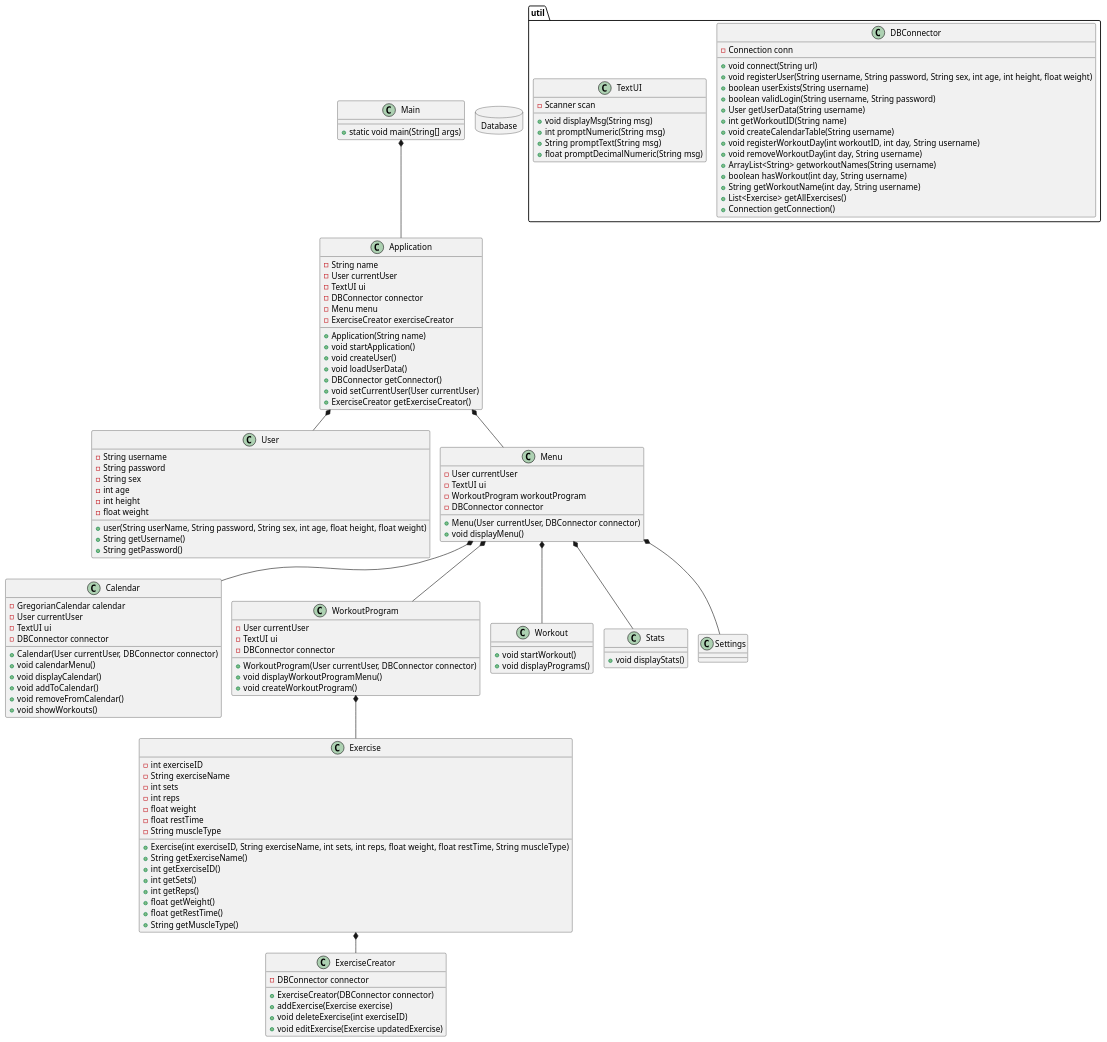
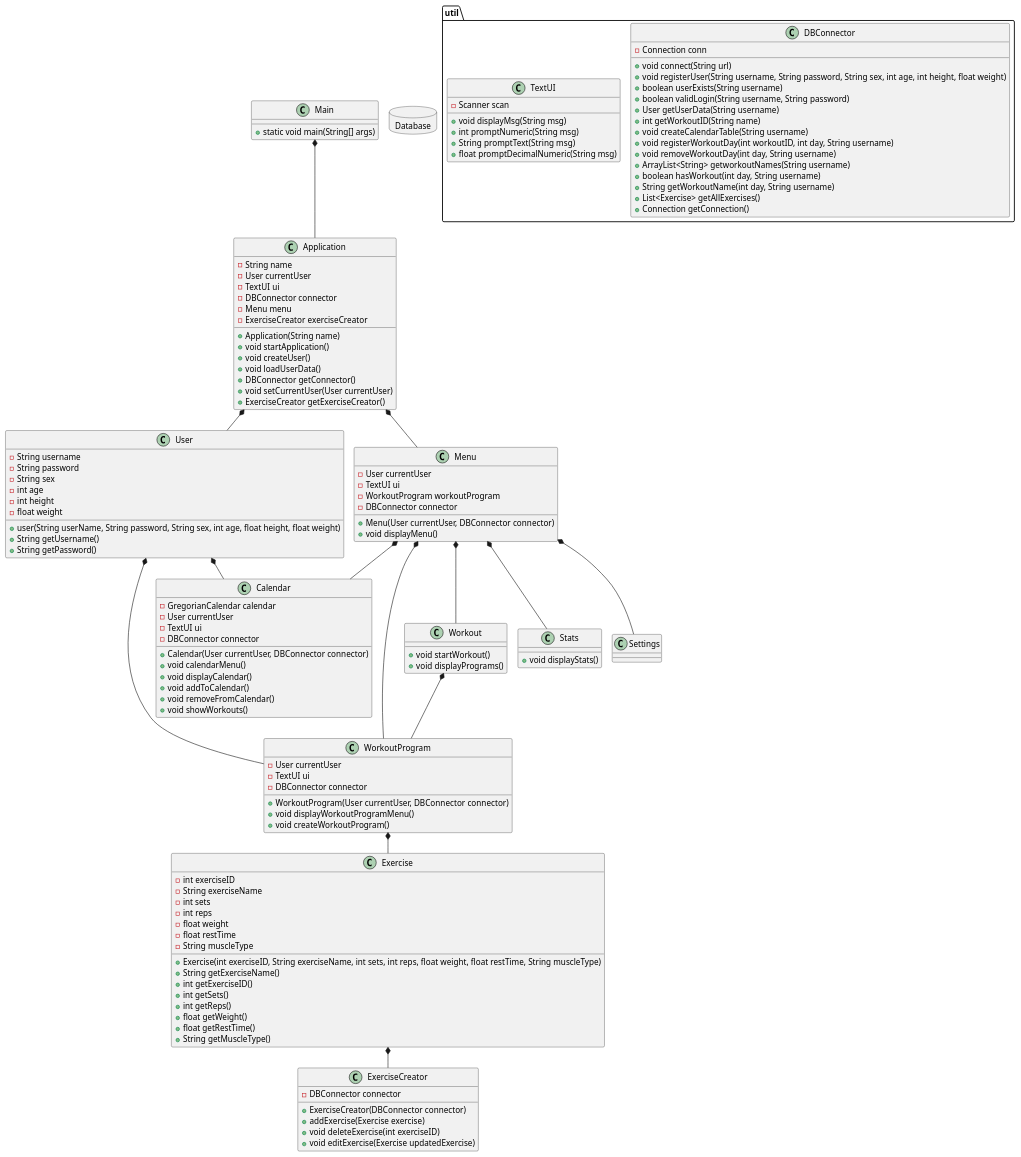
Before and after one commit to emil2112/ICE-gruppe-D: the diagram in doc/ClassDiagram.puml, drawn with PlantUML.

Commit message:
Updated classDiagram

```diff
--- a/doc/ClassDiagram.puml
+++ b/doc/ClassDiagram.puml
@@ -1,144 +1,147 @@
 @startuml
 !pragma layout smetana
 
 class Main{
    +static void main(String[] args)
 }
 
 database Database{
 }
 
 package "util"{
 class DBConnector{
 -Connection conn
 +void connect(String url)
 +void registerUser(String username, String password, String sex, int age, int height, float weight)
 +boolean userExists(String username)
 +boolean validLogin(String username, String password)
 +User getUserData(String username)
 +int getWorkoutID(String name)
 +void createCalendarTable(String username)
 +void registerWorkoutDay(int workoutID, int day, String username)
 +void removeWorkoutDay(int day, String username)
 +ArrayList<String> getworkoutNames(String username)
 +boolean hasWorkout(int day, String username)
 +String getWorkoutName(int day, String username)
 +List<Exercise> getAllExercises()
 +Connection getConnection()
 }
 
 class TextUI{
 -Scanner scan
 +void displayMsg(String msg)
 +int promptNumeric(String msg)
 +String promptText(String msg)
 +float promptDecimalNumeric(String msg)
 }
 }
 class Application{
 -String name
 -User currentUser
 -TextUI ui
 -DBConnector connector
 -Menu menu
 -ExerciseCreator exerciseCreator
 
 +Application(String name)
 +void startApplication()
 +void createUser()
 +void loadUserData()
 +DBConnector getConnector()
 +void setCurrentUser(User currentUser)
 +ExerciseCreator getExerciseCreator()
 }
 
 class User{
 -String username
 -String password
 -String sex
 -int age
 -int height
 -float weight
 
 +user(String userName, String password, String sex, int age, float height, float weight)
 +String getUsername()
 +String getPassword()
 }
 
 class Menu{
 -User currentUser
 -TextUI ui
 -WorkoutProgram workoutProgram
 -DBConnector connector
 +Menu(User currentUser, DBConnector connector)
 +void displayMenu()
 }
 
 class Calendar{
 -GregorianCalendar calendar
 -User currentUser
 -TextUI ui
 -DBConnector connector
 +Calendar(User currentUser, DBConnector connector)
 +void calendarMenu()
 +void displayCalendar()
 +void addToCalendar()
 +void removeFromCalendar()
 +void showWorkouts()
 }
 
 class WorkoutProgram{
 -User currentUser
 -TextUI ui
 -DBConnector connector
 +WorkoutProgram(User currentUser, DBConnector connector)
 +void displayWorkoutProgramMenu()
 +void createWorkoutProgram()
 }
 
 class Workout{
 +void startWorkout()
 +void displayPrograms()
 }
 
 class Stats{
 +void displayStats()
 }
 
 class Exercise{
 -int exerciseID
 -String exerciseName
 -int sets
 -int reps
 -float weight
 -float restTime
 -String muscleType
 +Exercise(int exerciseID, String exerciseName, int sets, int reps, float weight, float restTime, String muscleType)
 +String getExerciseName()
 +int getExerciseID()
 +int getSets()
 +int getReps()
 +float getWeight()
 +float getRestTime()
 +String getMuscleType()
 }
 
 class ExerciseCreator{
 -DBConnector connector
 +ExerciseCreator(DBConnector connector)
 +addExercise(Exercise exercise)
 +void deleteExercise(int exerciseID)
 +void editExercise(Exercise updatedExercise)
 }
 
 Main *-- Application
 Application *-- User
 Application *-- Menu
 Menu *-- Workout
 Menu *-- WorkoutProgram
 Menu *-- Stats
 Menu *-- Calendar
 Menu *-- Settings
 WorkoutProgram *-- Exercise
 Exercise *-- ExerciseCreator
+User *-- WorkoutProgram
+User *-- Calendar
+Workout *-- WorkoutProgram
 @enduml
```
